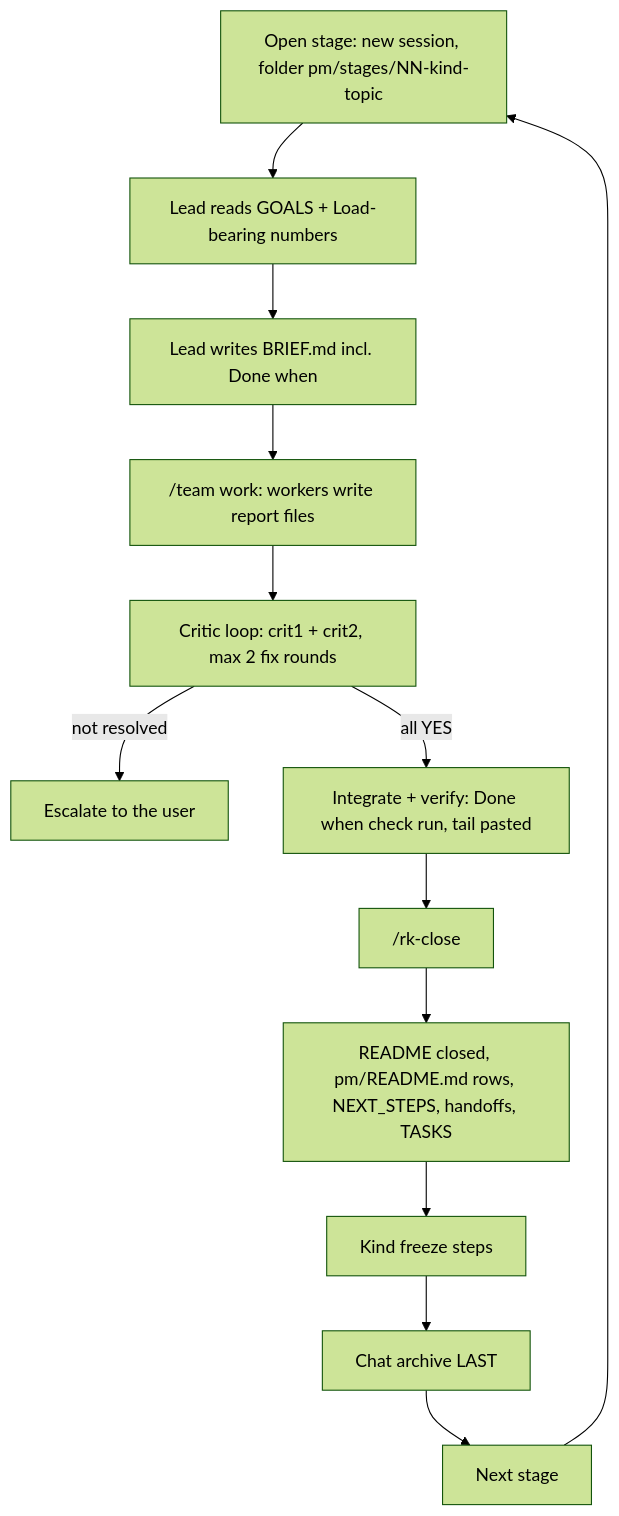
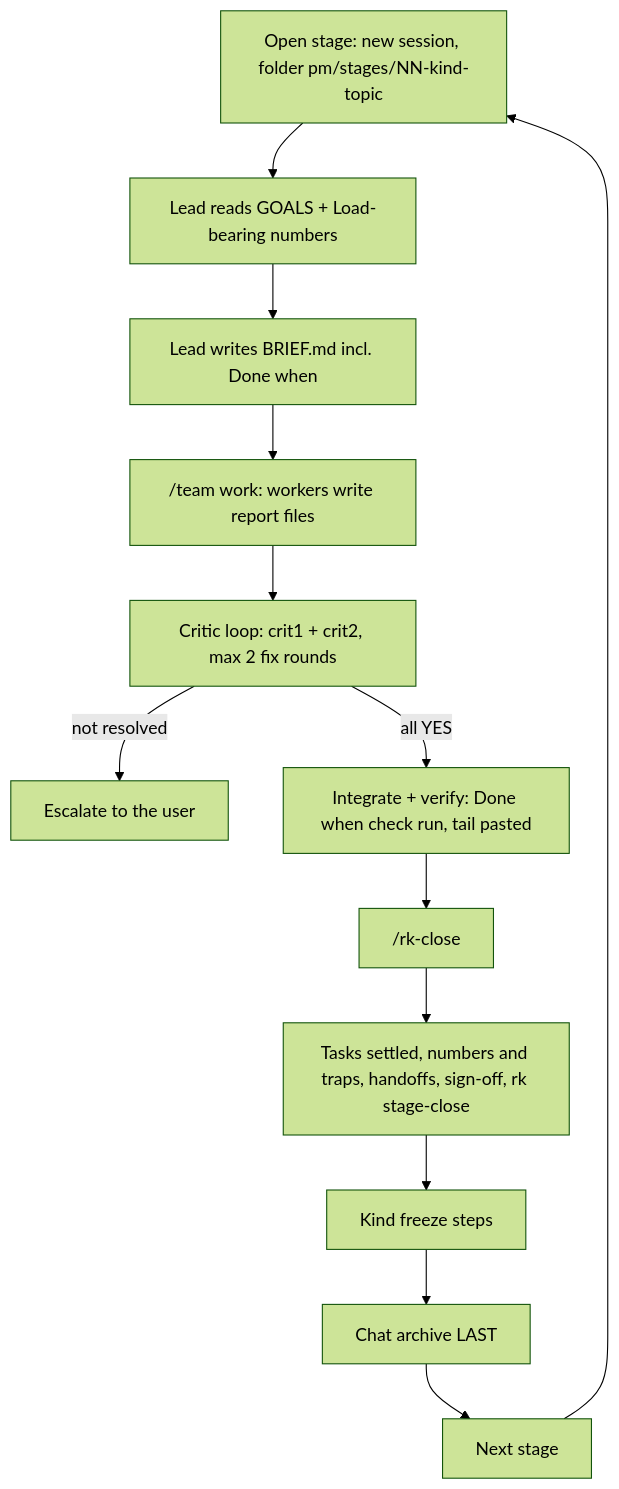
Before and after one commit to xylophoneengine/research-kit: the second of 5 diagrams in README.md, drawn with Mermaid (forest theme). The commit also changed other lines of this file, not shown here.

````diff
--- a/README.md
+++ b/README.md
@@ -302,15 +322,15 @@
 ```mermaid
 flowchart TD
   O["Open stage: new session, folder pm/stages/NN-kind-topic"] --> RG["Lead reads GOALS + Load-bearing numbers"]
   RG --> BR["Lead writes BRIEF.md incl. Done when"]
   BR --> T["/team work: workers write report files"]
   T --> CR["Critic loop: crit1 + crit2, max 2 fix rounds"]
   CR -- "not resolved" --> ESC["Escalate to the user"]
   CR -- "all YES" --> IV["Integrate + verify: Done when check run, tail pasted"]
   IV --> CL["/rk-close"]
-  CL --> S1["README closed, pm/README.md rows, NEXT_STEPS, handoffs, TASKS"]
+  CL --> S1["Tasks settled, numbers and traps, handoffs, sign-off, rk stage-close"]
   S1 --> S2["Kind freeze steps"]
   S2 --> S3["Chat archive LAST"]
   S3 --> N["Next stage"]
   N --> O
 ```
````
